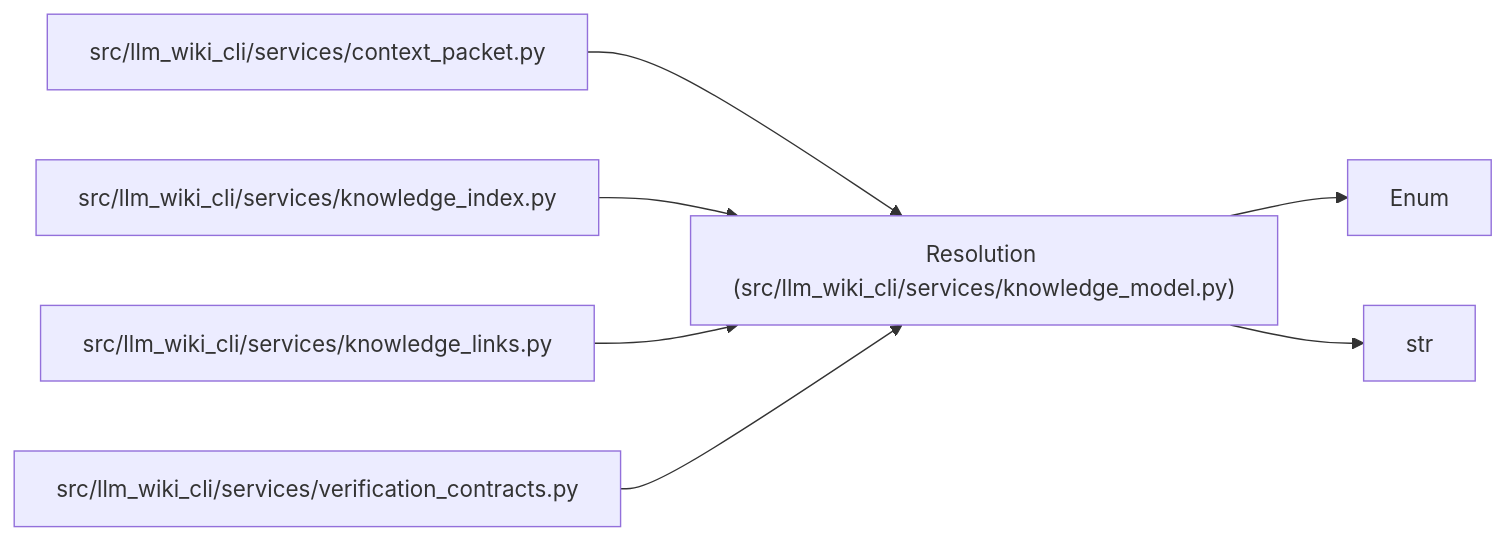
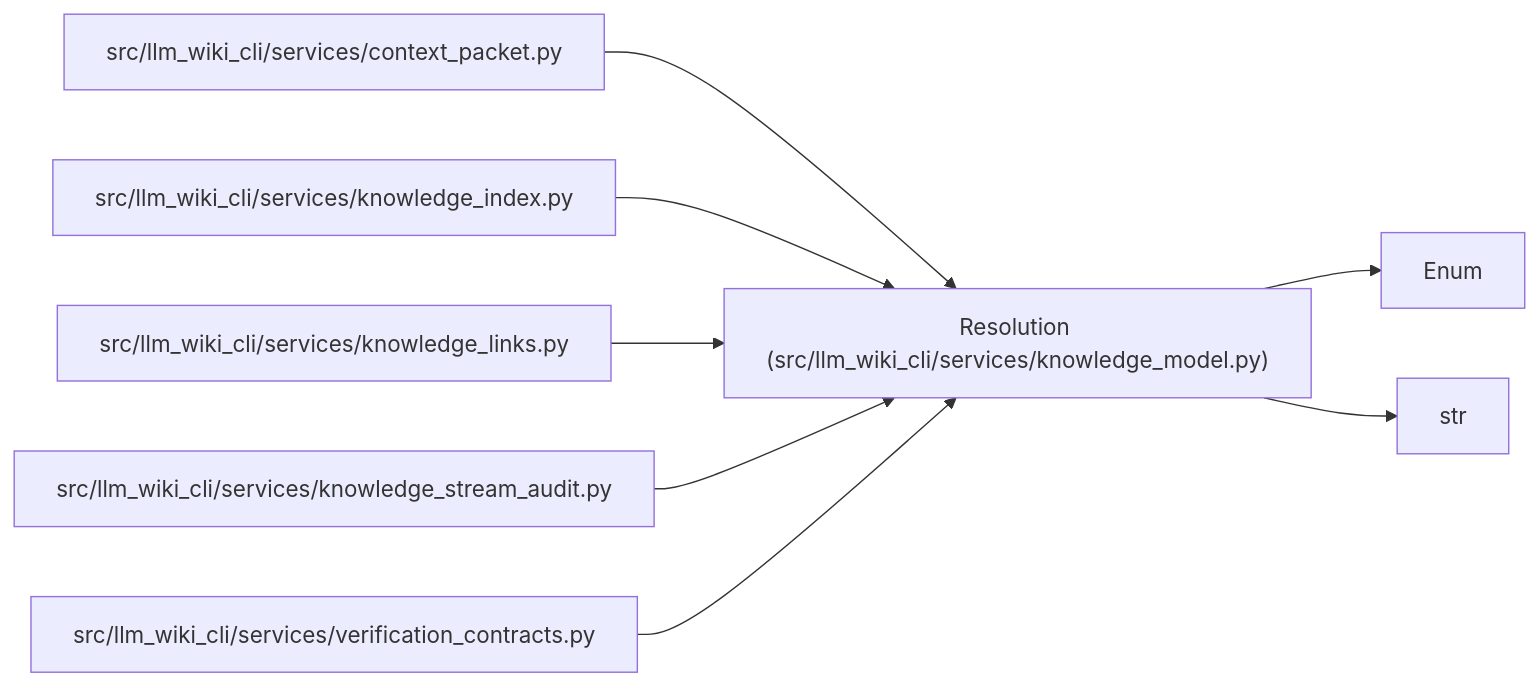
The diagram in docs/llm_wiki/entities/Resolution.md (Denissvgn/python-wiki-llm), drawn with Mermaid before and after one commit. The commit also changed other lines of this file and 865 other files, not shown here.

````diff
--- a/docs/llm_wiki/entities/Resolution.md
+++ b/docs/llm_wiki/entities/Resolution.md
@@ -28,21 +28,24 @@
 ```mermaid
 flowchart LR
     n0["Resolution (src/llm_wiki_cli/services/knowledge_model.py)"]
     n1["Enum"]
     n2["str"]
     n3["src/llm_wiki_cli/services/context_packet.py"]
     n4["src/llm_wiki_cli/services/knowledge_index.py"]
     n5["src/llm_wiki_cli/services/knowledge_links.py"]
-    n6["src/llm_wiki_cli/services/verification_contracts.py"]
+    n6["src/llm_wiki_cli/services/knowledge_stream_audit.py"]
+    n7["src/llm_wiki_cli/services/verification_contracts.py"]
     n0 --> n1
     n0 --> n2
     n3 --> n0
     n4 --> n0
     n5 --> n0
     n6 --> n0
+    n7 --> n0
     click n0 "../modules/knowledge_model.md"
     click n3 "../modules/context_packet.md"
     click n4 "../modules/knowledge_index.md"
     click n5 "../modules/knowledge_links.md"
-    click n6 "../modules/verification_contracts.md"
+    click n6 "../modules/knowledge_stream_audit.md"
+    click n7 "../modules/verification_contracts.md"
 ```
````
